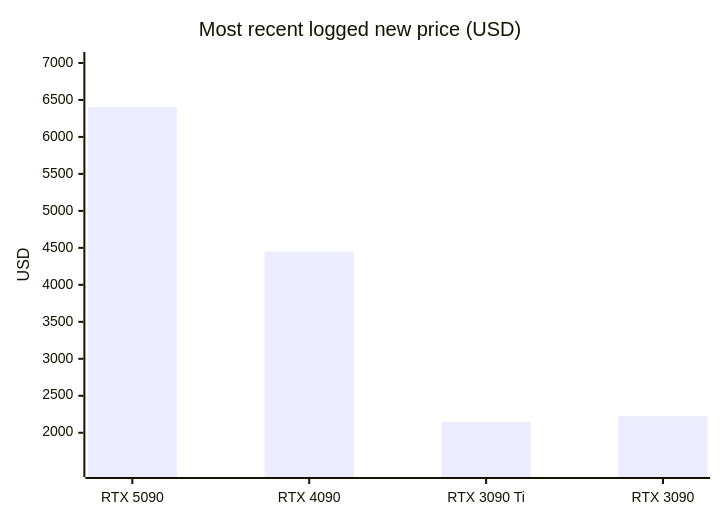
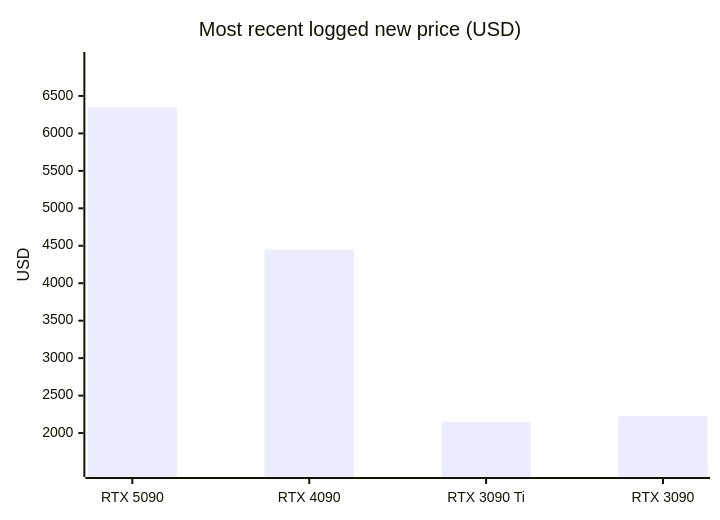
Before and after one commit to 7324136828/4tb_ssd_price_watch: the fifth of 18 diagrams in README.md, drawn with Mermaid. The commit also changed other lines of this file, not shown here.

````diff
--- a/README.md
+++ b/README.md
@@ -778,7 +808,7 @@
 ```mermaid
 xychart-beta
     title "Most recent logged new price (USD)"
     x-axis ["RTX 5090", "RTX 4090", "RTX 3090 Ti", "RTX 3090"]
-    y-axis "USD" 1510 --> 7040
-    bar [6399.99, 4449.00, 2150.00, 2225.00]
+    y-axis "USD" 1520 --> 6980
+    bar [6349.99, 4449.00, 2150.00, 2225.00]
 ```
````
